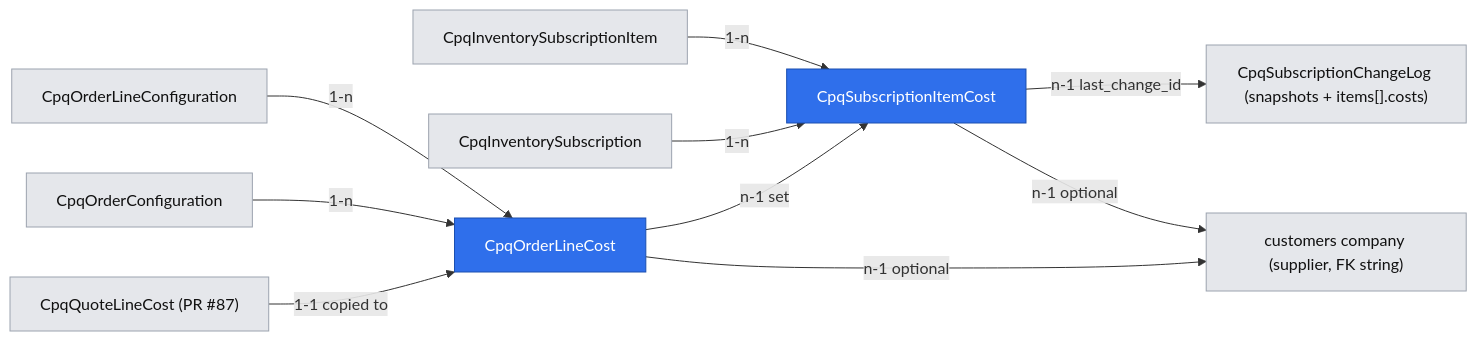
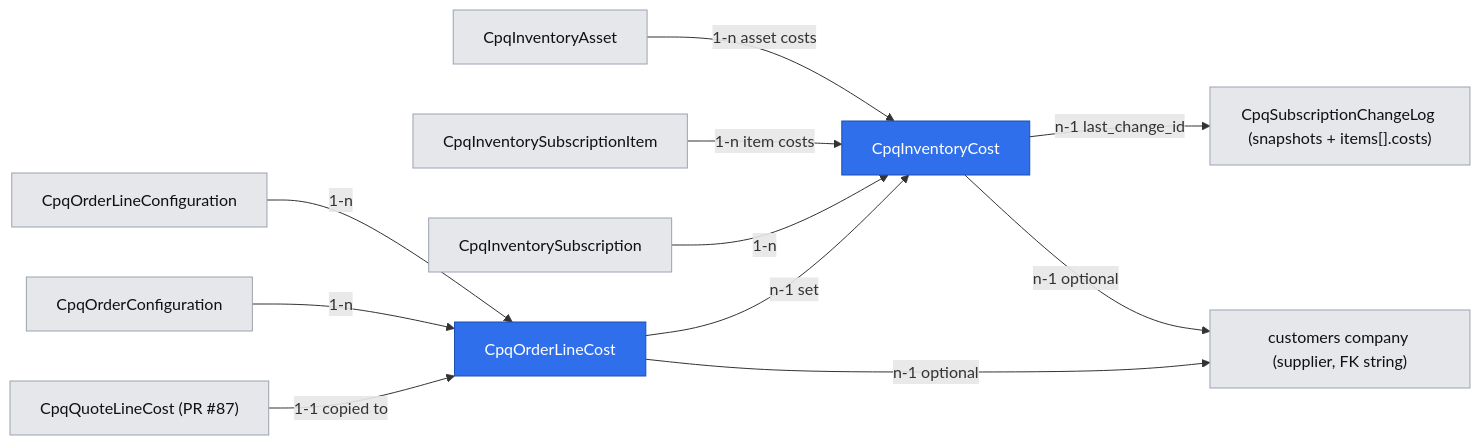
One commit to dainamite-technologies/dainamite-core changed the second of 2 diagrams in .ai/specs/2026-11-12-cpq-cost-plus-order-subscription-costs.md. Above: the diagram before and after it, drawn with Mermaid. The commit also changed other lines of this file and 1 other file, not shown here.

Commit message:
docs(specs): asset costs under CpqInventoryCost, Renew cost-plus from stored charges (review)

````diff
--- a/.ai/specs/2026-11-12-cpq-cost-plus-order-subscription-costs.md
+++ b/.ai/specs/2026-11-12-cpq-cost-plus-order-subscription-costs.md
@@ -360,23 +375,25 @@
 ```mermaid
 flowchart LR
     classDef newEntity fill:#2f6feb,color:#fff,stroke:#1b4fb0
     classDef existingEntity fill:#e5e7eb,color:#111,stroke:#9ca3af
     entity_1["CpqOrderLineCost"]:::newEntity
-    entity_2["CpqSubscriptionItemCost"]:::newEntity
+    entity_2["CpqInventoryCost"]:::newEntity
     entity_3["CpqQuoteLineCost (PR #87)"]:::existingEntity
     entity_4["CpqOrderConfiguration"]:::existingEntity
     entity_5["CpqOrderLineConfiguration"]:::existingEntity
     entity_6["CpqInventorySubscription"]:::existingEntity
     entity_7["CpqInventorySubscriptionItem"]:::existingEntity
     entity_8["CpqSubscriptionChangeLog (snapshots + items[].costs)"]:::existingEntity
     entity_9["customers company (supplier, FK string)"]:::existingEntity
+    entity_10["CpqInventoryAsset"]:::existingEntity
     entity_3 -->|1-1 copied to| entity_1
     entity_4 -->|1-n| entity_1
     entity_5 -->|1-n| entity_1
     entity_1 -->|n-1 set| entity_2
     entity_6 -->|1-n| entity_2
-    entity_7 -->|1-n| entity_2
+    entity_7 -->|1-n item costs| entity_2
+    entity_10 -->|1-n asset costs| entity_2
     entity_2 -->|n-1 last_change_id| entity_8
     entity_1 -->|n-1 optional| entity_9
     entity_2 -->|n-1 optional| entity_9
 ```
````
